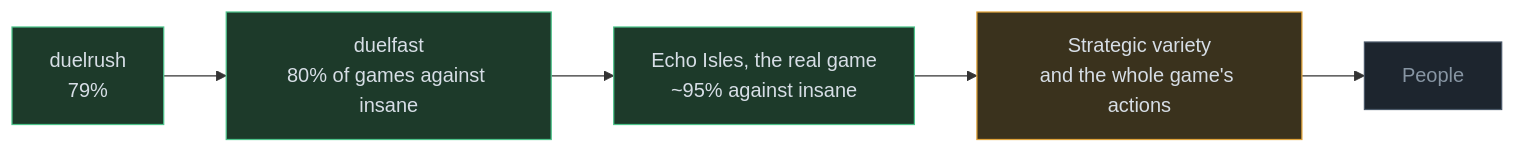
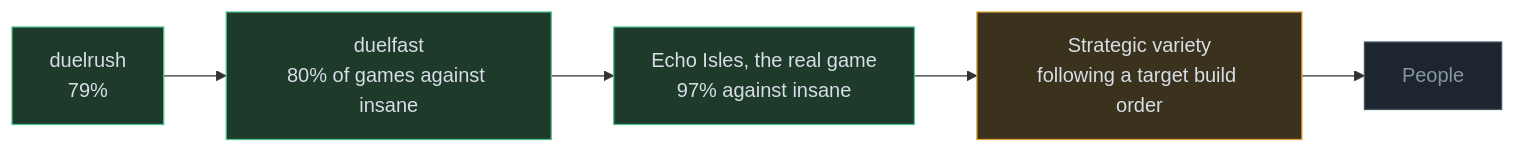
The diagram in docs/road-to-the-real-game.md (RobinKa/warcraftsim), drawn with Mermaid before and after one commit. The commit also changed other lines of this file and 8 other files, not shown here.

````diff
--- a/docs/road-to-the-real-game.md
+++ b/docs/road-to-the-real-game.md
@@ -5,10 +5,10 @@
 ```mermaid
 flowchart LR
   A["duelrush<br/>79%"]:::done --> B["duelfast<br/>80% of games against insane"]:::done
-  B --> D["Echo Isles, the real game<br/>~95% against insane"]:::done
-  D --> V["Strategic variety<br/>and the whole game's actions"]:::now
+  B --> D["Echo Isles, the real game<br/>97% against insane"]:::done
+  D --> V["Strategic variety<br/>following a target build order"]:::now
   V --> P["People"]:::todo
   classDef done fill:#1d3a2a,stroke:#4cc38a,color:#d7dee6
   classDef now fill:#3a321d,stroke:#e0a33a,color:#d7dee6
   classDef todo fill:#1d252e,stroke:#4a5868,color:#8795a3
 ```
````
